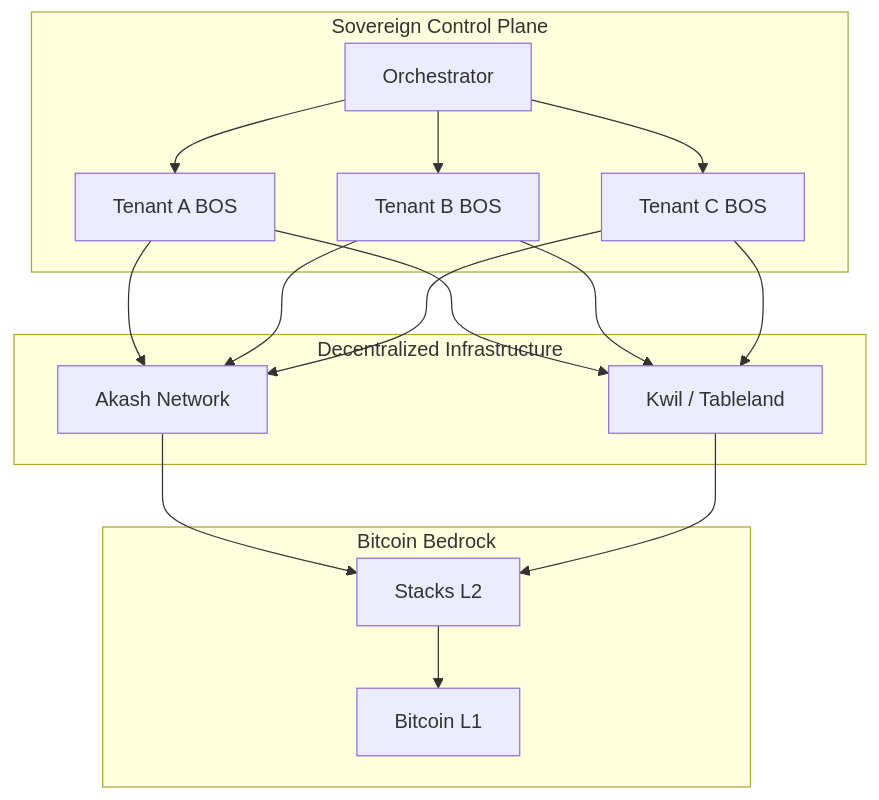
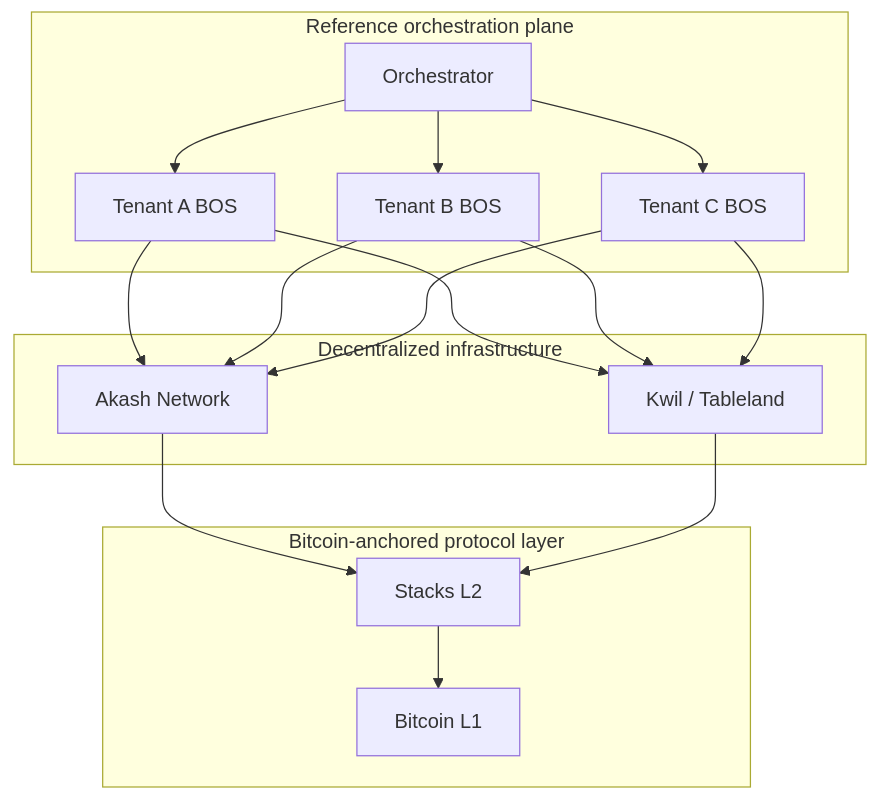
The second of 2 diagrams in conxian-business/SERVICE_LOOP.md (Conxian/conxian-business), drawn with Mermaid before and after one commit. The commit also changed other lines of this file and 92 other files, not shown here.

````diff
--- a/conxian-business/SERVICE_LOOP.md
+++ b/conxian-business/SERVICE_LOOP.md
@@ -21,23 +30,23 @@
 ```mermaid
 graph TD
-    subgraph CONTROL_PLANE [Sovereign Control Plane]
+    subgraph CONTROL_PLANE [Reference orchestration plane]
         CP[Orchestrator] --> T1[Tenant A BOS]
         CP --> T2[Tenant B BOS]
         CP --> T3[Tenant C BOS]
     end
 
-    subgraph SHARED_RUNTIME [Decentralized Infrastructure]
+    subgraph SHARED_RUNTIME [Decentralized infrastructure]
         T1 --> AK[Akash Network]
         T2 --> AK
         T3 --> AK
         T1 --> KW[Kwil / Tableland]
         T2 --> KW
         T3 --> KW
     end
 
-    subgraph SETTLEMENT_LAYER [Bitcoin Bedrock]
+    subgraph SETTLEMENT_LAYER [Bitcoin-anchored protocol layer]
         AK --> ST[Stacks L2]
         KW --> ST
         ST --> BTC[Bitcoin L1]
     end
 ```
````
